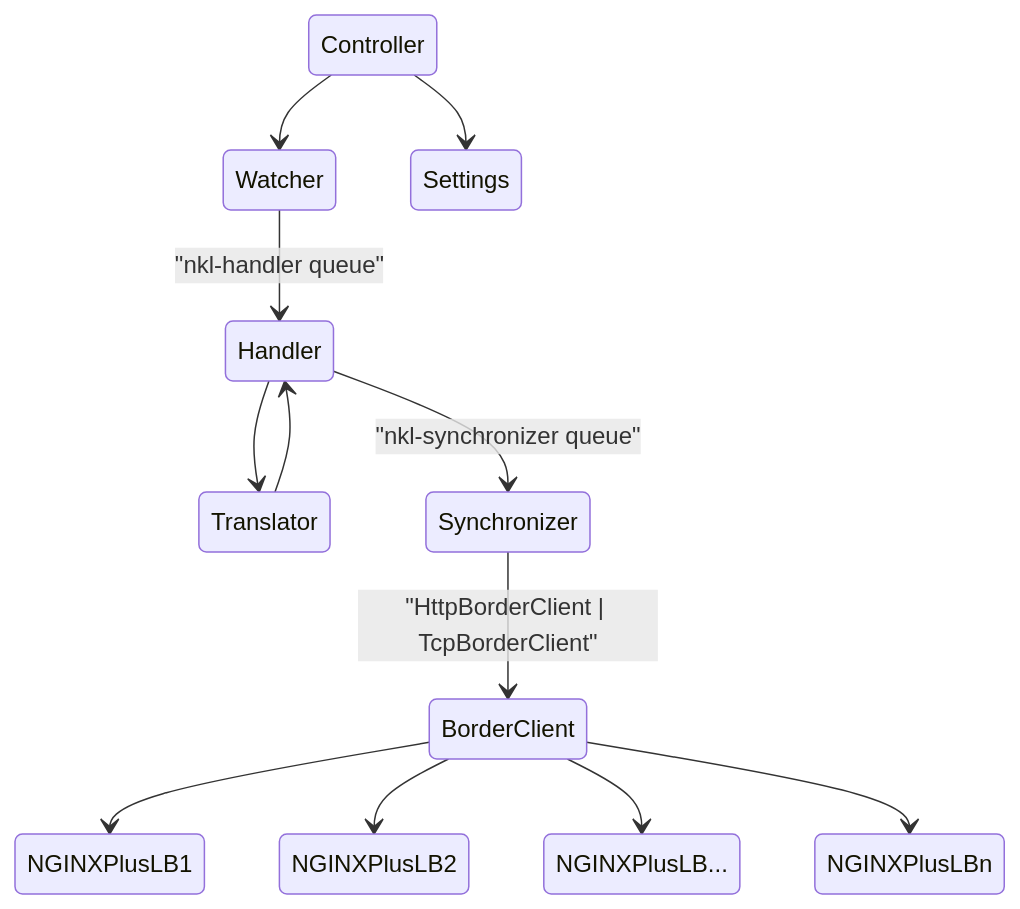
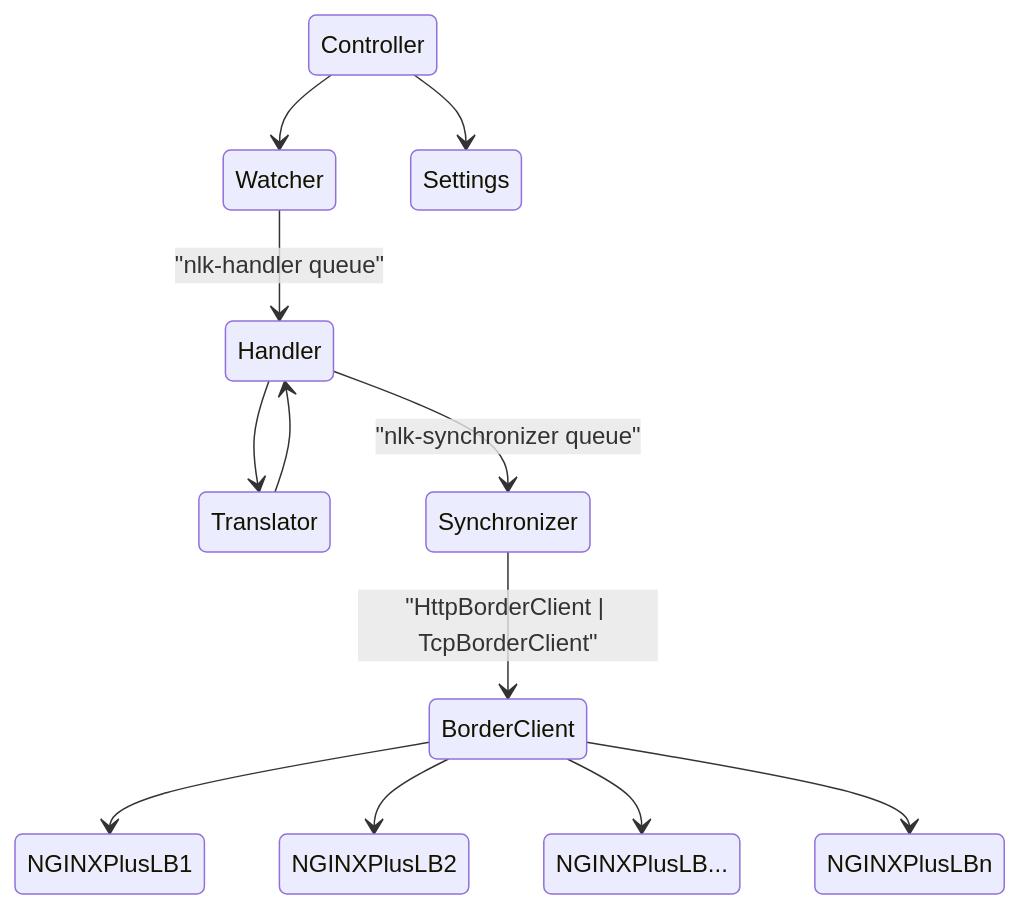
The diagram in docs/DESIGN.md (nginxinc/nginx-loadbalancer-kubernetes), drawn with Mermaid before and after one commit. The commit also changed other lines of this file and 52 other files, not shown here.

Commit message:
change NKL to NLK

````diff
--- a/docs/DESIGN.md
+++ b/docs/DESIGN.md
@@ -12,14 +12,14 @@
 ```mermaid
 stateDiagram-v2
     Controller --> Watcher
     Controller --> Settings 
-    Watcher --> Handler : "nkl-handler queue"
+    Watcher --> Handler : "nlk-handler queue"
     Handler --> Translator
     Translator --> Handler
-    Handler --> Synchronizer : "nkl-synchronizer queue"
+    Handler --> Synchronizer : "nlk-synchronizer queue"
     Synchronizer --> BorderClient : "HttpBorderClient | TcpBorderClient"
     BorderClient --> NGINXPlusLB1
     BorderClient --> NGINXPlusLB2
     BorderClient --> NGINXPlusLB...
     BorderClient --> NGINXPlusLBn
 ```
````
